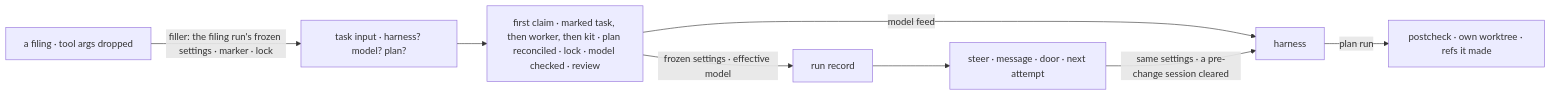
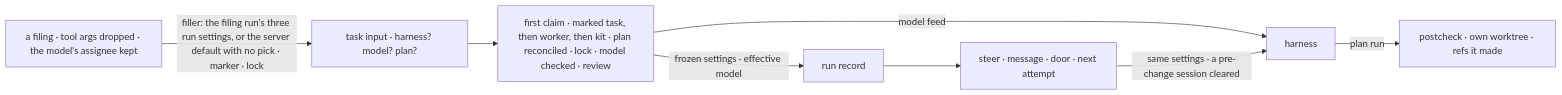
One commit to fixpoint-labs/flow-state-dev changed the second of 2 diagrams in specs/issues/FIX-2878/SPEC.md. Above: the diagram before and after it, drawn with Mermaid. The commit also changed other lines of this file and 1 other file, not shown here.

First line of the commit message:
spec(FIX-2878): fold cross-spec review — retire FIX-2877's no-pick assignee, name the frozen value

````diff
--- a/specs/issues/FIX-2878/SPEC.md
+++ b/specs/issues/FIX-2878/SPEC.md
@@ -99,10 +103,10 @@
 ```mermaid
 flowchart LR
-  T["a filing · tool args dropped"] -->|"filler: the filing run's frozen settings · marker · lock"| I["task input · harness? model? plan?"]
+  T["a filing · tool args dropped · the model's assignee kept"] -->|"filler: the filing run's three run settings, or the server default with no pick · marker · lock"| I["task input · harness? model? plan?"]
   I --> C["first claim · marked task, then worker, then kit · plan reconciled · lock · model checked · review"]
   C -->|"frozen settings · effective model"| R["run record"]
   C -->|"model feed"| H["harness"]
   R --> S["steer · message · door · next attempt"]
   S -->|"same settings · a pre-change session cleared"| H
   H -->|"plan run"| Q["postcheck · own worktree · refs it made"]
 ```
````
